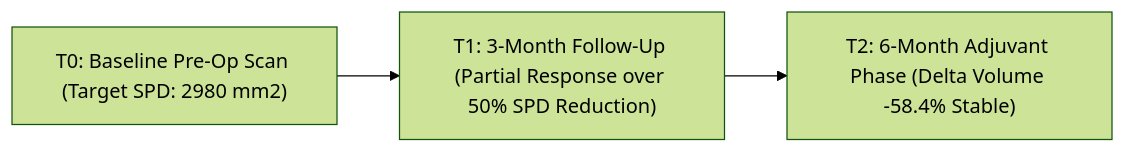
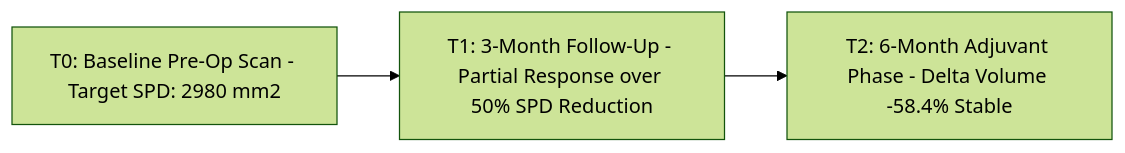
Before and after one commit to kailash6207/Brain_Tumor: the fifth of 5 diagrams in README.md, drawn with Mermaid (forest theme). The commit also changed other lines of this file, not shown here.

Commit message:
docs: use strict GitHub-compliant Mermaid diagram syntax without quotes in edge labels or special tokens

````diff
--- a/README.md
+++ b/README.md
@@ -155,5 +155,5 @@
 ```mermaid
 flowchart LR
-    T0["T0: Baseline Pre-Op Scan (Target SPD: 2980 mm2)"] --> T1["T1: 3-Month Follow-Up (Partial Response over 50% SPD Reduction)"]
-    T1 --> T2["T2: 6-Month Adjuvant Phase (Delta Volume -58.4% Stable)"]
+    T0[T0: Baseline Pre-Op Scan - Target SPD: 2980 mm2] --> T1[T1: 3-Month Follow-Up - Partial Response over 50% SPD Reduction]
+    T1 --> T2[T2: 6-Month Adjuvant Phase - Delta Volume -58.4% Stable]
 ```
````
